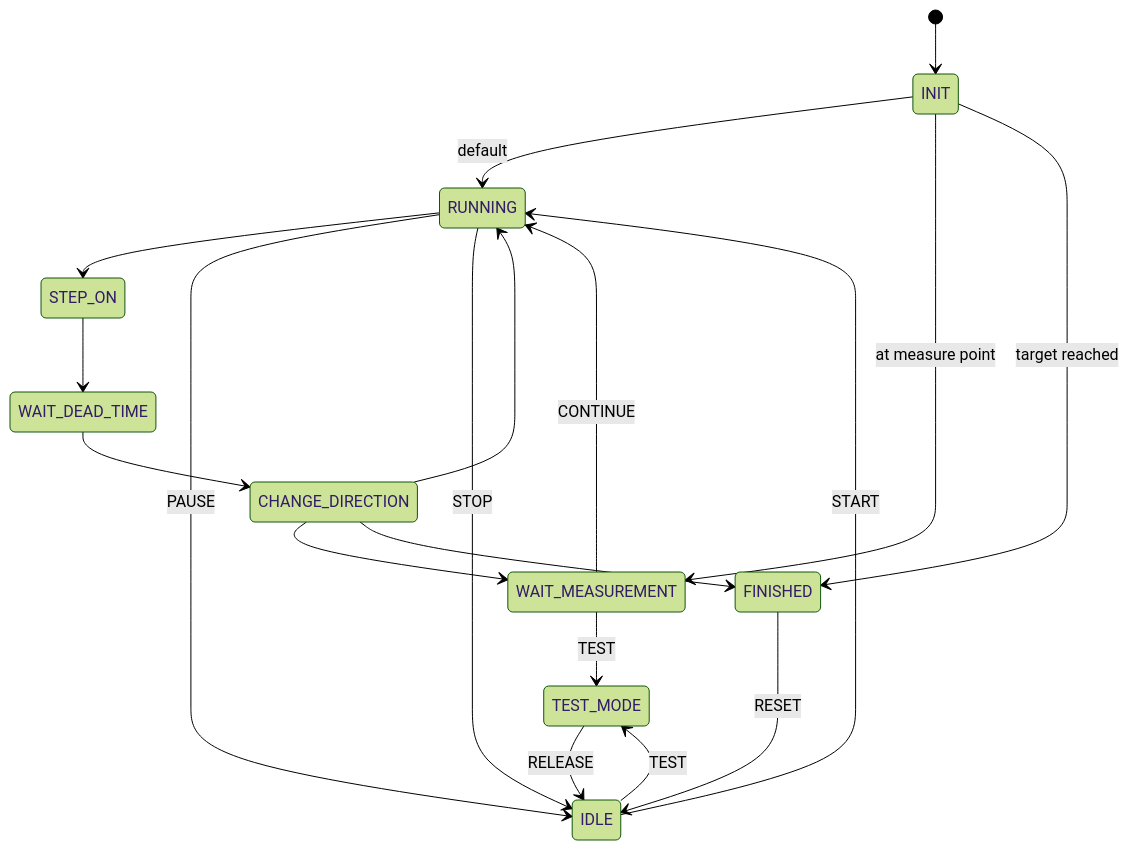
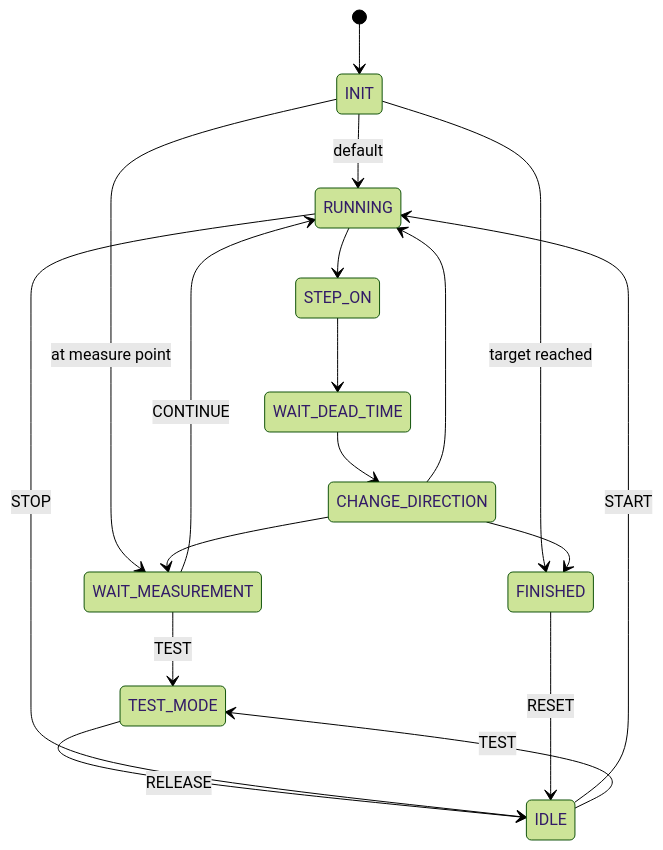
One commit to domkow78/Relay_tester changed the diagram in state_machine.md. Above: the diagram before and after it, drawn with Mermaid (forest theme). The commit also changed 4 other files, not shown here.

````diff
--- a/state_machine.md
+++ b/state_machine.md
@@ -198,30 +198,29 @@
 ```mermaid
 stateDiagram-v2
 
 [*] --> INIT
 
 INIT --> RUNNING : default
 INIT --> WAIT_MEASUREMENT : at measure point
 INIT --> FINISHED : target reached
 
 IDLE --> RUNNING : START
 IDLE --> TEST_MODE : TEST
 
 TEST_MODE --> IDLE : RELEASE
 
 RUNNING --> STEP_ON
 STEP_ON --> WAIT_DEAD_TIME
 WAIT_DEAD_TIME --> CHANGE_DIRECTION
 
 CHANGE_DIRECTION --> RUNNING
 CHANGE_DIRECTION --> WAIT_MEASUREMENT
 CHANGE_DIRECTION --> FINISHED
 
 WAIT_MEASUREMENT --> RUNNING : CONTINUE
 WAIT_MEASUREMENT --> TEST_MODE : TEST
 
-RUNNING --> IDLE : PAUSE
 RUNNING --> IDLE : STOP
 
 FINISHED --> IDLE : RESET
 ```
````
